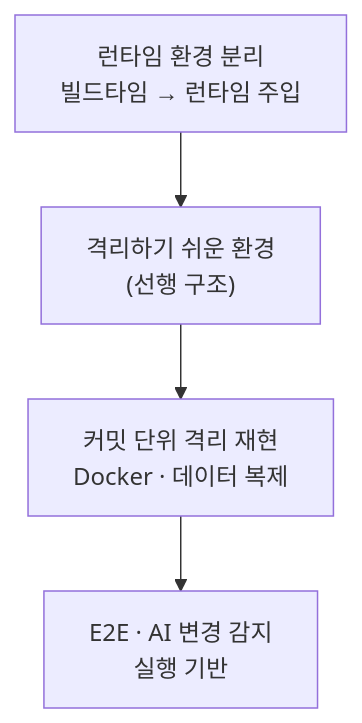
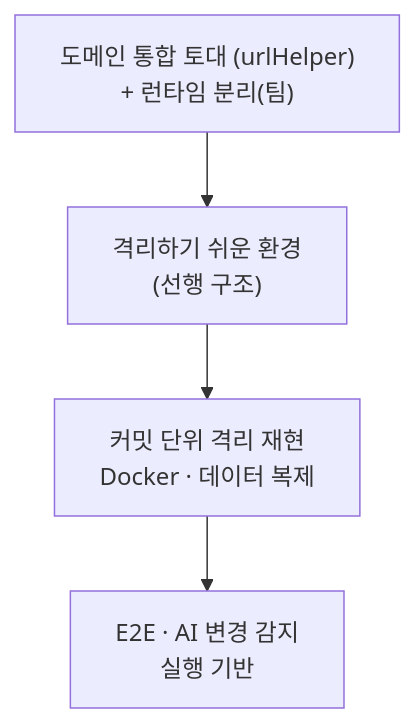
One commit to crowwan/resume changed the third of 4 diagrams in portfolio.md. Above: the diagram before and after it, drawn with Mermaid. The commit also changed other lines of this file, not shown here.

````diff
--- a/portfolio.md
+++ b/portfolio.md
@@ -109,6 +109,6 @@
 ```mermaid
 flowchart TD
-  R["런타임 환경 분리<br/>빌드타임 → 런타임 주입"] --> M["격리하기 쉬운 환경<br/>(선행 구조)"]
+  R["도메인 통합 토대 (urlHelper)<br/>+ 런타임 분리(팀)"] --> M["격리하기 쉬운 환경<br/>(선행 구조)"]
   M --> I["커밋 단위 격리 재현<br/>Docker · 데이터 복제"]
   I --> E["E2E · AI 변경 감지<br/>실행 기반"]
 ```
````
